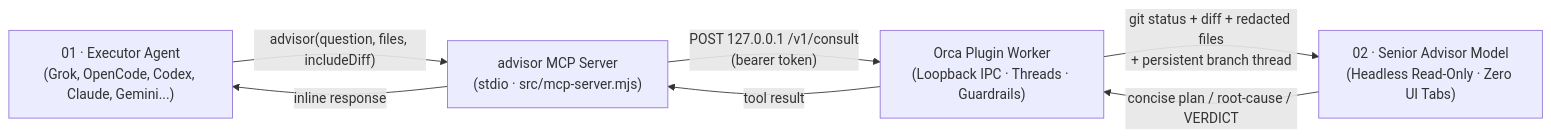
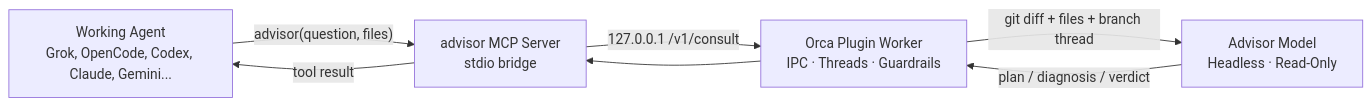
The diagram in README.md (aElDi/orca-agent-advisor), drawn with Mermaid before and after one commit. The commit also changed other lines of this file and 5 other files, not shown here.

````diff
--- a/README.md
+++ b/README.md
@@ -55,14 +42,14 @@
 ```mermaid
 flowchart LR
-    E["01 · Executor Agent<br/>(Grok, OpenCode, Codex, Claude, Gemini...)"]
-    M["advisor MCP Server<br/>(stdio · src/mcp-server.mjs)"]
-    W["Orca Plugin Worker<br/>(Loopback IPC · Threads · Guardrails)"]
-    A["02 · Senior Advisor Model<br/>(Headless Read-Only · Zero UI Tabs)"]
+    E["Working Agent<br/>Grok, OpenCode, Codex, Claude, Gemini..."]
+    M["advisor MCP Server<br/>stdio bridge"]
+    W["Orca Plugin Worker<br/>IPC · Threads · Guardrails"]
+    A["Advisor Model<br/>Headless · Read-Only"]
 
-    E -- "advisor(question, files, includeDiff)" --> M
-    M -- "POST 127.0.0.1 /v1/consult<br/>(bearer token)" --> W
-    W -- "git status + diff + redacted files<br/>+ persistent branch thread" --> A
-    A -- "concise plan / root-cause / VERDICT" --> W
-    W -- "tool result" --> M
-    M -- "inline response" --> E
+    E -- "advisor(question, files)" --> M
+    M -- "127.0.0.1 /v1/consult" --> W
+    W -- "git diff + files + branch thread" --> A
+    A -- "plan / diagnosis / verdict" --> W
+    W --> M
+    M -- "tool result" --> E
 ```
````
